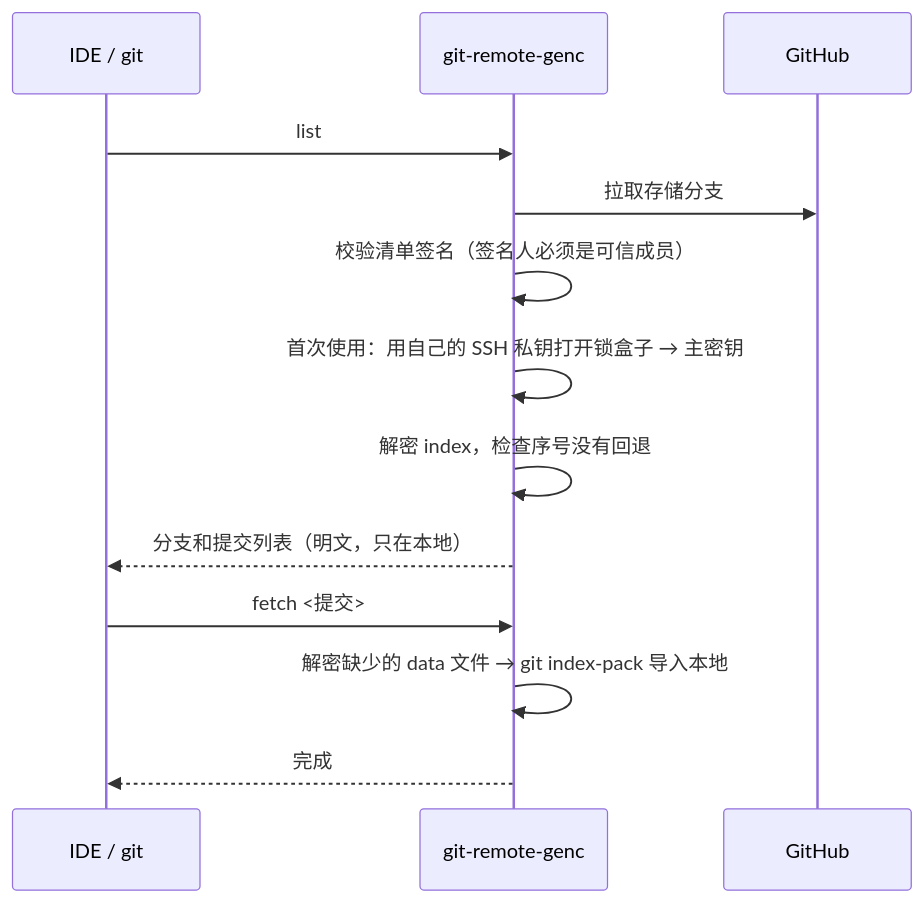
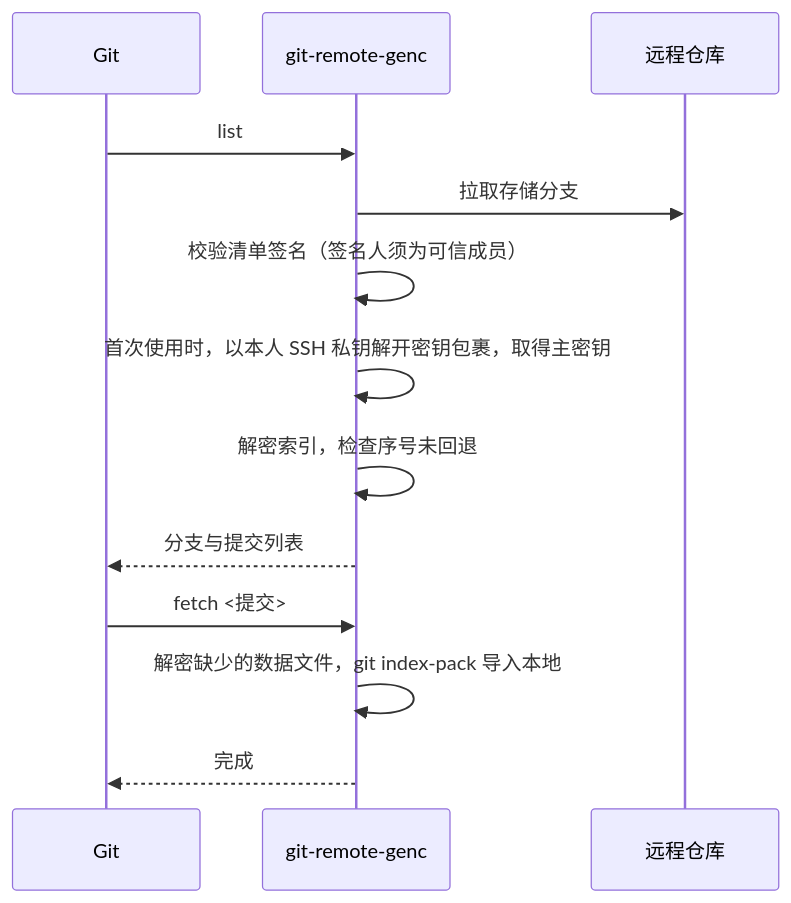
Before and after one commit to MyCodeKits/git-protect-extension: the second of 2 diagrams in README.md, drawn with Mermaid. The commit also changed other lines of this file, not shown here.

````diff
--- a/README.md
+++ b/README.md
@@ -248,15 +330,15 @@
 ```mermaid
 sequenceDiagram
-    participant IDE as IDE / git
+    participant G as Git
     participant H as git-remote-genc
-    participant R as GitHub
-    IDE->>H: list
+    participant R as 远程仓库
+    G->>H: list
     H->>R: 拉取存储分支
-    H->>H: 校验清单签名（签名人必须是可信成员）
-    H->>H: 首次使用：用自己的 SSH 私钥打开锁盒子 → 主密钥
-    H->>H: 解密 index，检查序号没有回退
-    H-->>IDE: 分支和提交列表（明文，只在本地）
-    IDE->>H: fetch <提交>
-    H->>H: 解密缺少的 data 文件 → git index-pack 导入本地
-    H-->>IDE: 完成
+    H->>H: 校验清单签名（签名人须为可信成员）
+    H->>H: 首次使用时，以本人 SSH 私钥解开密钥包裹，取得主密钥
+    H->>H: 解密索引，检查序号未回退
+    H-->>G: 分支与提交列表
+    G->>H: fetch <提交>
+    H->>H: 解密缺少的数据文件，git index-pack 导入本地
+    H-->>G: 完成
 ```
````
